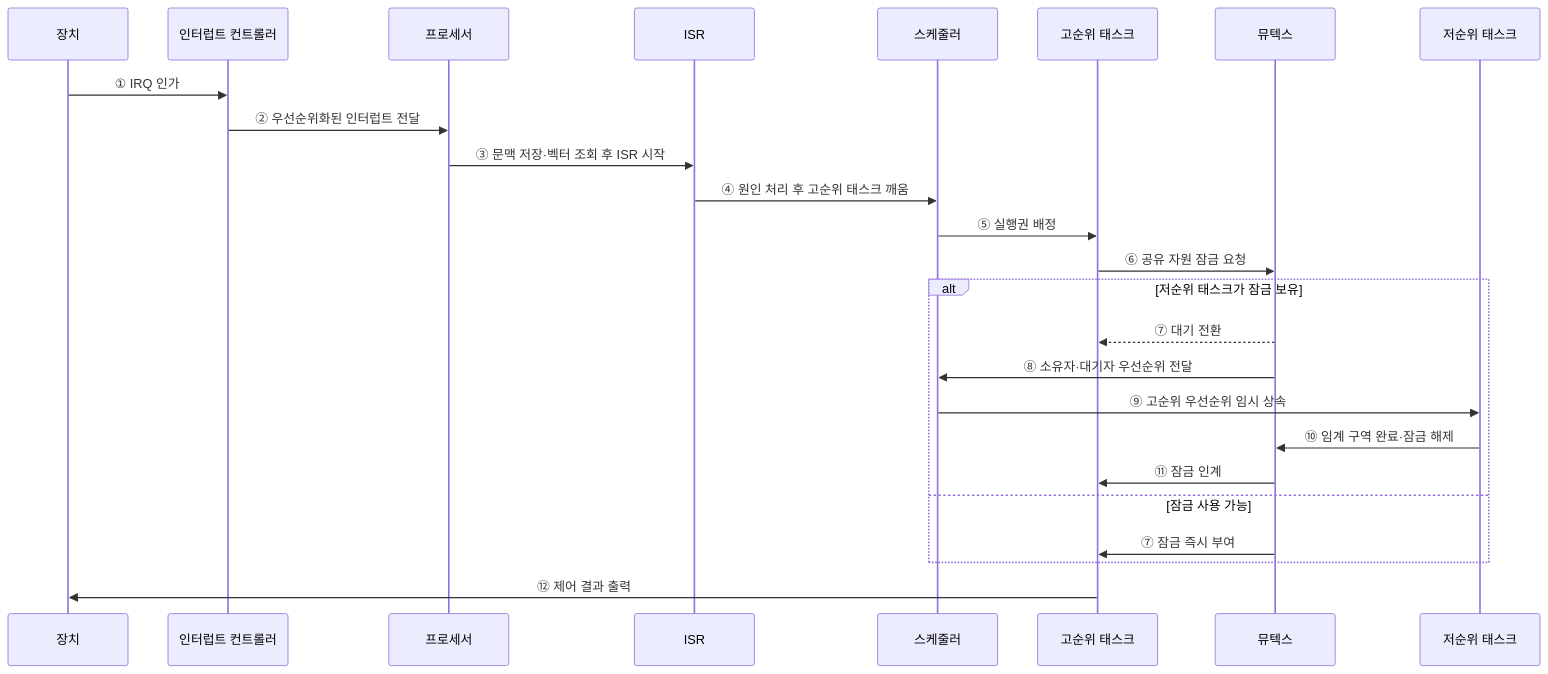
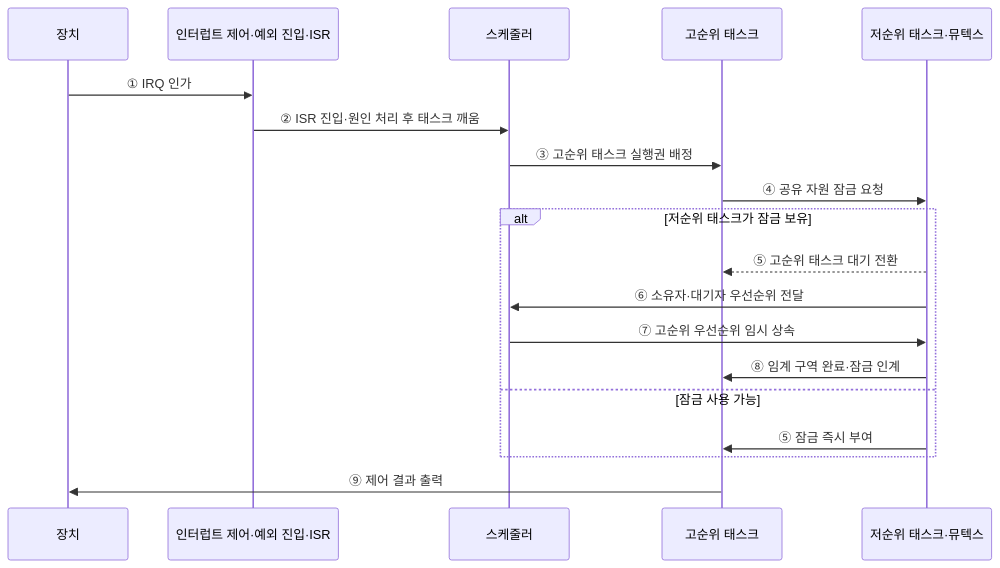
Before and after one commit to agnusdei1207/knowledge-base: the second of 2 diagrams in src/content/docs/notes/02-hardware/063_interrupt_latency_priority_inversion.md, drawn with Mermaid. The commit also changed other lines of this file and 20 other files, not shown here.

````diff
--- a/src/content/docs/notes/02-hardware/063_interrupt_latency_priority_inversion.md
+++ b/src/content/docs/notes/02-hardware/063_interrupt_latency_priority_inversion.md
@@ -103,28 +77,22 @@
 ```mermaid
 sequenceDiagram
     participant D as 장치
-    participant I as 인터럽트 컨트롤러
-    participant C as 프로세서
-    participant R as ISR
+    participant I as 인터럽트 제어·예외 진입·ISR
     participant S as 스케줄러
     participant H as 고순위 태스크
-    participant M as 뮤텍스
-    participant L as 저순위 태스크
+    participant L as 저순위 태스크·뮤텍스
 
     D->>I: ① IRQ 인가
-    I->>C: ② 우선순위화된 인터럽트 전달
-    C->>R: ③ 문맥 저장·벡터 조회 후 ISR 시작
-    R->>S: ④ 원인 처리 후 고순위 태스크 깨움
-    S->>H: ⑤ 실행권 배정
-    H->>M: ⑥ 공유 자원 잠금 요청
+    I->>S: ② ISR 진입·원인 처리 후 태스크 깨움
+    S->>H: ③ 고순위 태스크 실행권 배정
+    H->>L: ④ 공유 자원 잠금 요청
     alt 저순위 태스크가 잠금 보유
-        M-->>H: ⑦ 대기 전환
-        M->>S: ⑧ 소유자·대기자 우선순위 전달
-        S->>L: ⑨ 고순위 우선순위 임시 상속
-        L->>M: ⑩ 임계 구역 완료·잠금 해제
-        M->>H: ⑪ 잠금 인계
+        L-->>H: ⑤ 고순위 태스크 대기 전환
+        L->>S: ⑥ 소유자·대기자 우선순위 전달
+        S->>L: ⑦ 고순위 우선순위 임시 상속
+        L->>H: ⑧ 임계 구역 완료·잠금 인계
     else 잠금 사용 가능
-        M->>H: ⑦ 잠금 즉시 부여
+        L->>H: ⑤ 잠금 즉시 부여
     end
-    H->>D: ⑫ 제어 결과 출력
+    H->>D: ⑨ 제어 결과 출력
 ```
````
